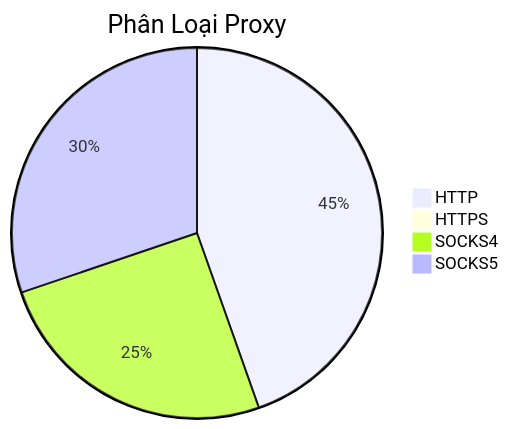
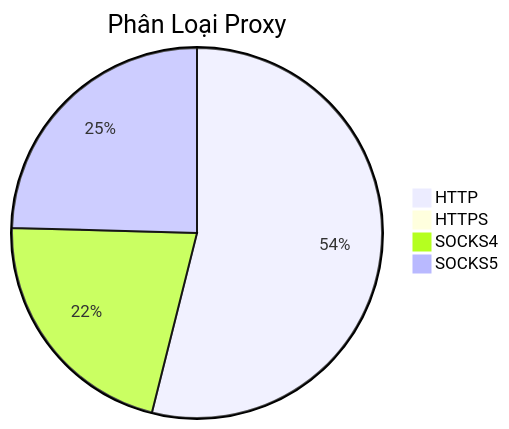
Before and after one commit to Ciara-12/PROXY-free: the diagram in README.md, drawn with Mermaid. The commit also changed other lines of this file and 4 other files, not shown here.

````diff
--- a/README.md
+++ b/README.md
@@ -26,7 +26,7 @@
 ```mermaid
 pie title Phân Loại Proxy
-    "HTTP" : 502
+    "HTTP" : 867
     "HTTPS" : 1
-    "SOCKS4" : 284
-    "SOCKS5" : 340
+    "SOCKS4" : 346
+    "SOCKS5" : 395
 ```
````
